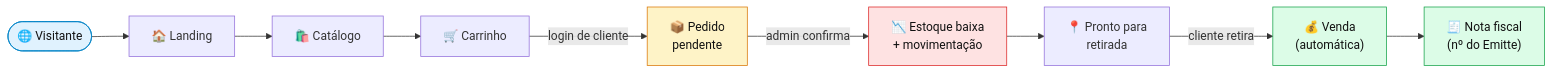
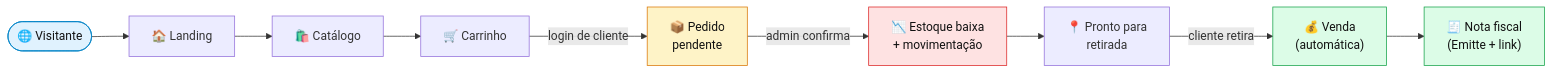
One commit to Protagonistas-ADS/PI-2 changed the second of 15 diagrams in README.md. Above: the diagram before and after it, drawn with Mermaid. The commit also changed other lines of this file and 26 other files, not shown here.

````diff
--- a/README.md
+++ b/README.md
@@ -239,14 +239,14 @@
 ```mermaid
 flowchart LR
     V(["🌐 Visitante"]) --> L["🏠 Landing"] --> C["🛍️ Catálogo"] --> K["🛒 Carrinho"]
     K -- "login de cliente" --> P["📦 Pedido<br/>pendente"]
     P -- "admin confirma" --> E["📉 Estoque baixa<br/>+ movimentação"]
     E --> R["📍 Pronto para<br/>retirada"] -- "cliente retira" --> VD["💰 Venda<br/>(automática)"]
-    VD --> NF["🧾 Nota fiscal<br/>(nº do Emitte)"]
+    VD --> NF["🧾 Nota fiscal<br/>(Emitte + link)"]
 
     style V fill:#e0f2fe,stroke:#0284c7,color:#111
     style P fill:#fef3c7,stroke:#d97706,color:#111
     style E fill:#fee2e2,stroke:#dc2626,color:#111
     style VD fill:#dcfce7,stroke:#16a34a,color:#111
     style NF fill:#dcfce7,stroke:#16a34a,color:#111
 ```
````
